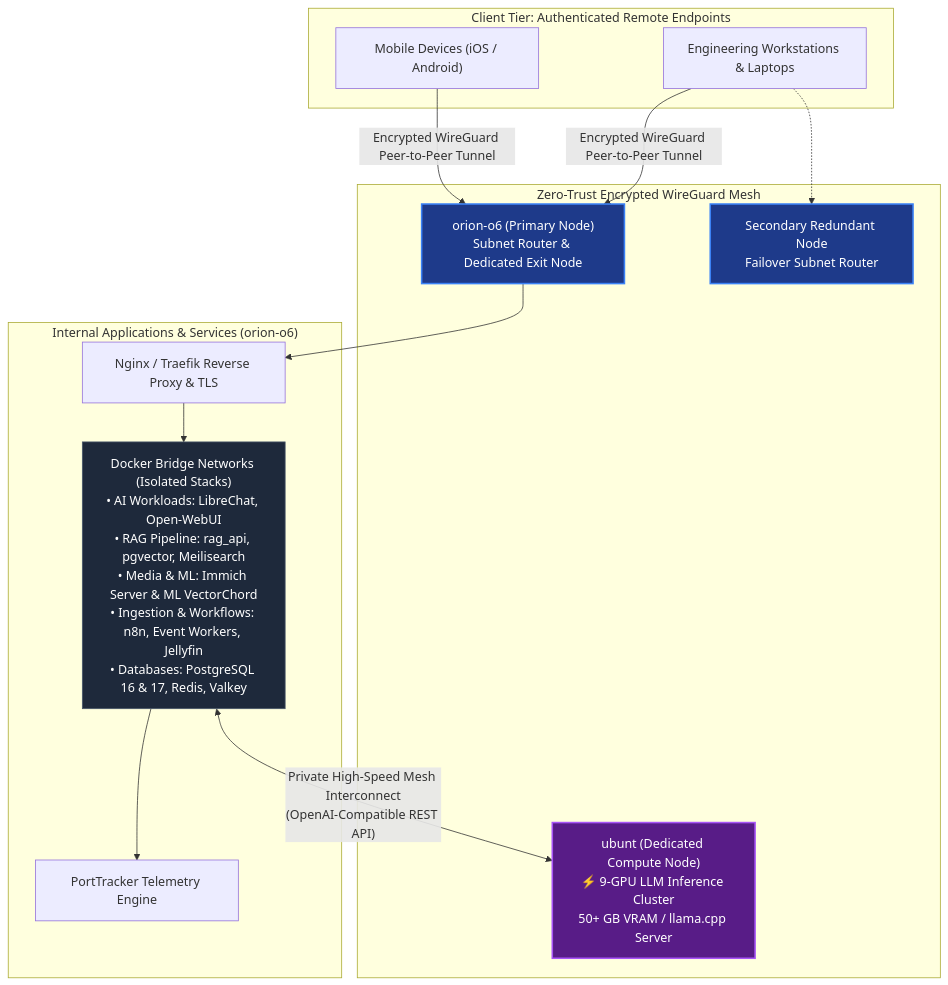
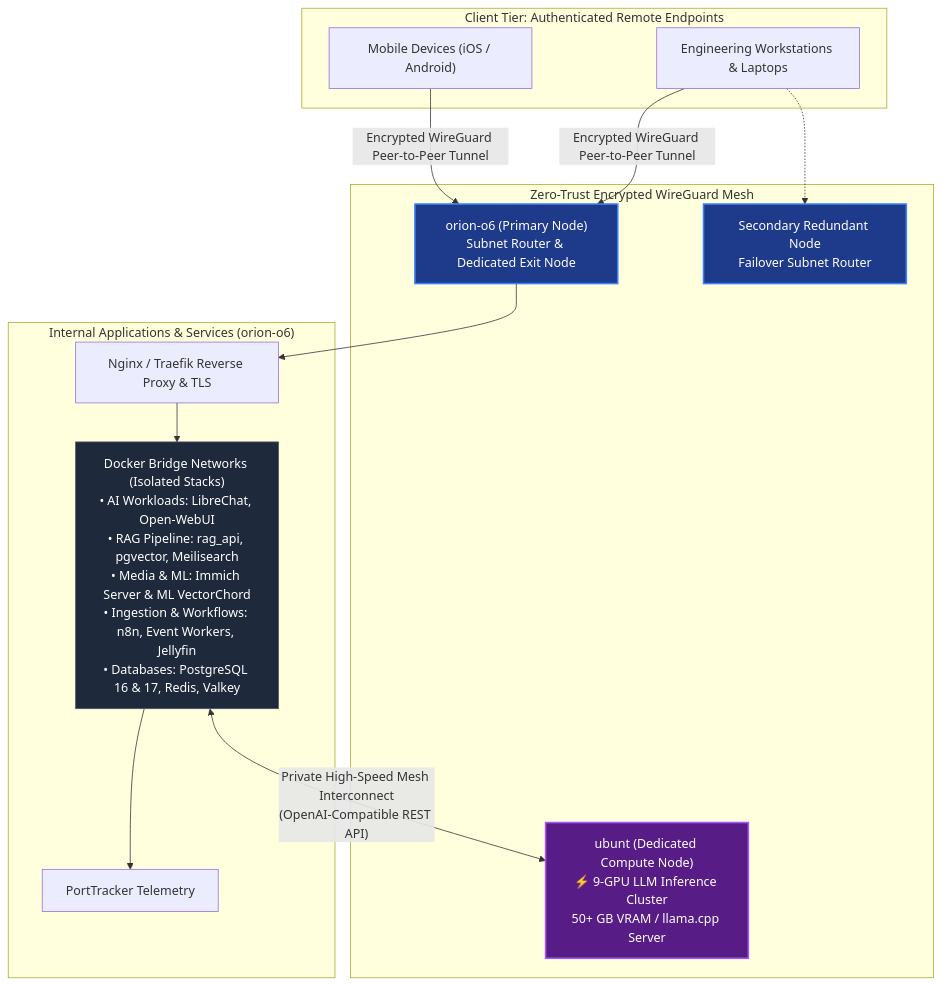
The diagram in content/projects/homelab/index.en.md (sebian-lab/sebian-lab.github.io), drawn with Mermaid before and after one commit. The commit also changed other lines of this file and 5 other files, not shown here.

Commit message:
Clarify PortTracker is configured rather than self-developed

```diff
--- a/content/projects/homelab/index.en.md
+++ b/content/projects/homelab/index.en.md
@@ -80,35 +80,35 @@
 {{< mermaid >}}
 graph TD
     subgraph ClientTier ["Client Tier: Authenticated Remote Endpoints"]
         DevPC["Engineering Workstations & Laptops"]
         Mobile["Mobile Devices (iOS / Android)"]
     end
 
     subgraph Tailnet ["Zero-Trust Encrypted WireGuard Mesh"]
         Router1["orion-o6 (Primary Node)<br>Subnet Router & Dedicated Exit Node"]
         Router2["Secondary Redundant Node<br>Failover Subnet Router"]
         GPUCluster["ubunt (Dedicated Compute Node)<br>⚡ 9-GPU LLM Inference Cluster<br>50+ GB VRAM / llama.cpp Server"]
     end
 
     subgraph InternalApps ["Internal Applications & Services (orion-o6)"]
         NginxProxy["Nginx / Traefik Reverse Proxy & TLS"]
         Containers["Docker Bridge Networks (Isolated Stacks)<br>• AI Workloads: LibreChat, Open-WebUI<br>• RAG Pipeline: rag_api, pgvector, Meilisearch<br>• Media & ML: Immich Server & ML VectorChord<br>• Ingestion & Workflows: n8n, Event Workers, Jellyfin<br>• Databases: PostgreSQL 16 & 17, Redis, Valkey"]
-        Monitoring["PortTracker Telemetry Engine"]
+        Monitoring["PortTracker Telemetry"]
     end
 
     DevPC -->|"Encrypted WireGuard Peer-to-Peer Tunnel"| Router1
     Mobile -->|"Encrypted WireGuard Peer-to-Peer Tunnel"| Router1
     DevPC -.-> Router2
 
     Router1 --> NginxProxy
     NginxProxy --> Containers
     Containers --> Monitoring
 
     %% Private communication between AI frontends and 9-GPU cluster
     Containers <-->|"Private High-Speed Mesh Interconnect<br>(OpenAI-Compatible REST API)"| GPUCluster
 
     style Router1 fill:#1e3a8a,stroke:#3b82f6,stroke-width:2px,color:#fff
     style Router2 fill:#1e3a8a,stroke:#3b82f6,stroke-width:2px,color:#fff
     style GPUCluster fill:#581c87,stroke:#a855f7,stroke-width:2px,color:#fff
     style Containers fill:#1e293b,stroke:#475569,color:#fff
 {{< /mermaid >}}
```
